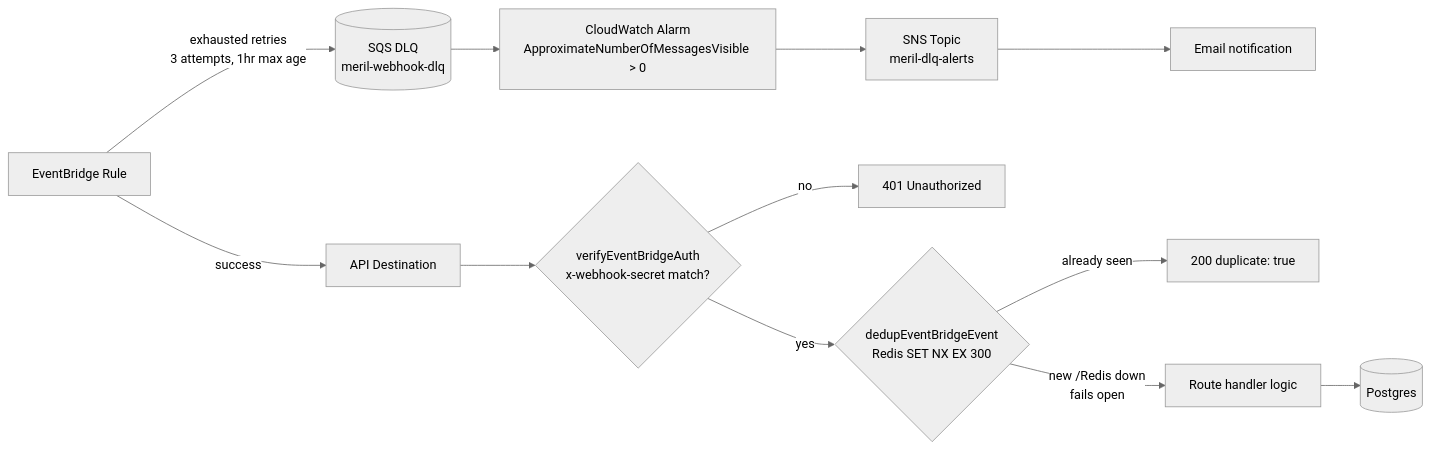
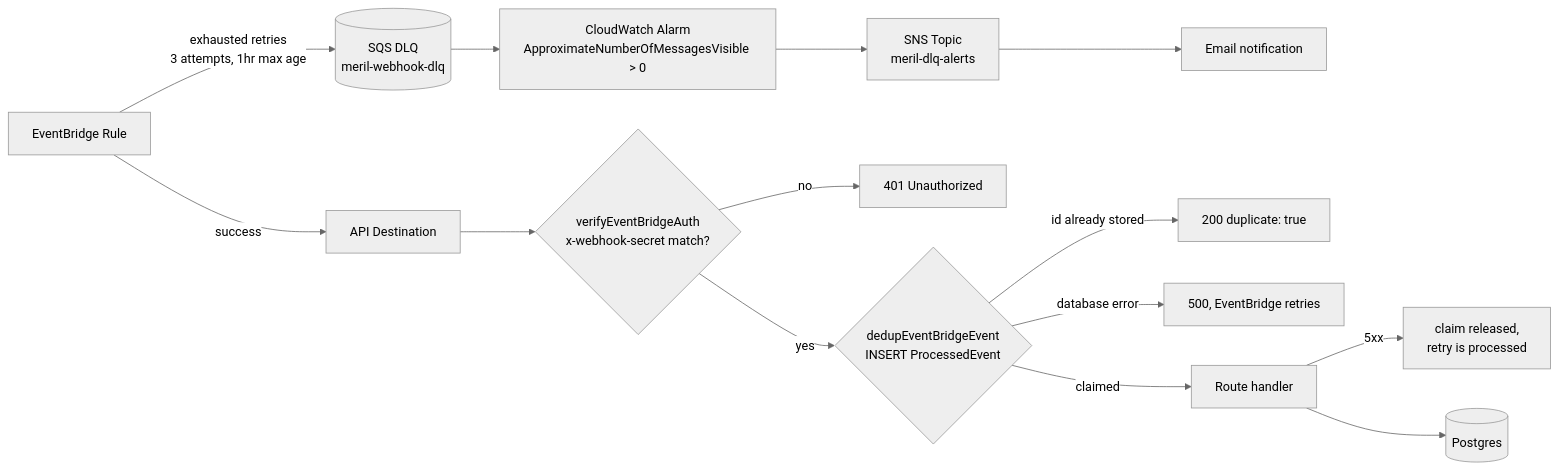
The second of 4 diagrams in README.md (McVyp/meril-platform), drawn with Mermaid (neutral theme) before and after one commit. The commit also changed other lines of this file, not shown here.

Commit message:
docs: update webhook dedup, rate limiting and stack sections

````diff
--- a/README.md
+++ b/README.md
@@ -82,15 +83,17 @@
 ```mermaid
 flowchart LR
     A[EventBridge Rule] -->|success| B[API Destination]
     A -->|exhausted retries<br />3 attempts, 1hr max age | DLQ[(SQS DLQ<br />meril-webhook-dlq)]
     DLQ -->Alarm[CloudWatch Alarm<br/>ApproximateNumberOfMessagesVisible > 0]
     Alarm --> SNS[SNS Topic<br/>meril-dlq-alerts]
     SNS --> Email[Email notification]
 
     B --> Auth{verifyEventBridgeAuth<br/>x-webhook-secret match?}
     Auth -->|no| R401[401 Unauthorized]
-    Auth -->|yes| Dedup{dedupEventBridgeEvent<br />Redis SET NX EX 300}
-    Dedup -->|already seen| R200D[200 duplicate: true]
-    Dedup -->|new /Redis down<br />fails open| Handler[Route handler logic]
+    Auth -->|yes| Claim{dedupEventBridgeEvent<br/>INSERT ProcessedEvent}
+    Claim -->|id already stored| R200D[200 duplicate: true]
+    Claim -->|database error| R500[500, EventBridge retries]
+    Claim -->|claimed| Handler[Route handler]
+    Handler -->|5xx| Release[claim released, <br/>retry is processed]
     Handler --> DB[(Postgres)]
 ```
````
